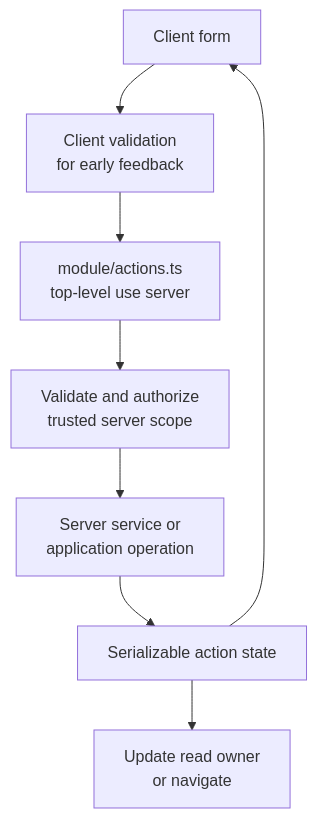
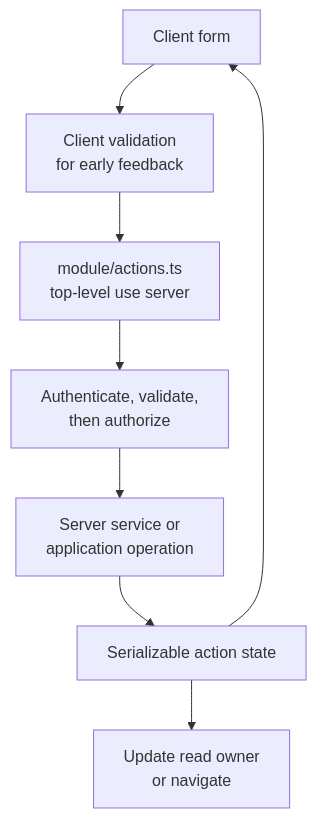
One commit to clicktronix/nextjs-clean-skills changed the second of 2 diagrams in docs/frontend-composition.md. Above: the diagram before and after it, drawn with Mermaid. The commit also changed other lines of this file and 61 other files, not shown here.

````diff
--- a/docs/frontend-composition.md
+++ b/docs/frontend-composition.md
@@ -109,20 +110,20 @@
 ```mermaid
 flowchart TB
   accTitle: Form and Server Action flow
   accDescr: The client form provides early feedback, while a top-level Server Action validates input and applicable authority before invoking capability behavior.
   Form["Client form"]
   Early["Client validation<br/>for early feedback"]
   Action["module/actions.ts<br/>top-level use server"]
-  Auth["Validate and authorize<br/>trusted server scope"]
+  Auth["Authenticate, validate,<br/>then authorize"]
   Behavior["Server service or<br/>application operation"]
   Result["Serializable action state"]
   Update["Update read owner<br/>or navigate"]
 
   Form --> Early
   Early --> Action
   Action --> Auth
   Auth --> Behavior
   Behavior --> Result
   Result --> Form
   Result --> Update
 ```
````
